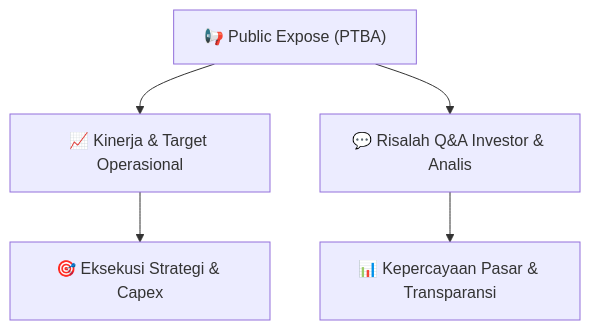
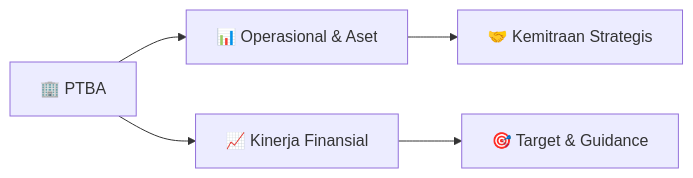
The diagram in Finplan_analyst/knowledge-base/public-exposes/informasi-pubex/PTBA_Public_Expose_20260902.md (anYoneo/alphadigest-idx), drawn with Mermaid before and after one commit. The commit also changed other lines of this file and 526 other files, not shown here.

````diff
--- a/Finplan_analyst/knowledge-base/public-exposes/informasi-pubex/PTBA_Public_Expose_20260902.md
+++ b/Finplan_analyst/knowledge-base/public-exposes/informasi-pubex/PTBA_Public_Expose_20260902.md
@@ -15,7 +117,7 @@
 ```mermaid
-flowchart TD
-    A["📢 Public Expose (PTBA)"] --> B["📈 Kinerja & Target Operasional"]
-    A --> C["💬 Risalah Q&A Investor & Analis"]
-    B --> D["🎯 Eksekusi Strategi & Capex"]
-    C --> E["📊 Kepercayaan Pasar & Transparansi"]
+flowchart LR
+    A["🏢 PTBA"] --> B["📊 Operasional & Aset"]
+    A --> C["📈 Kinerja Finansial"]
+    B --> D["🤝 Kemitraan Strategis"]
+    C --> E["🎯 Target & Guidance"]
 ```
````
